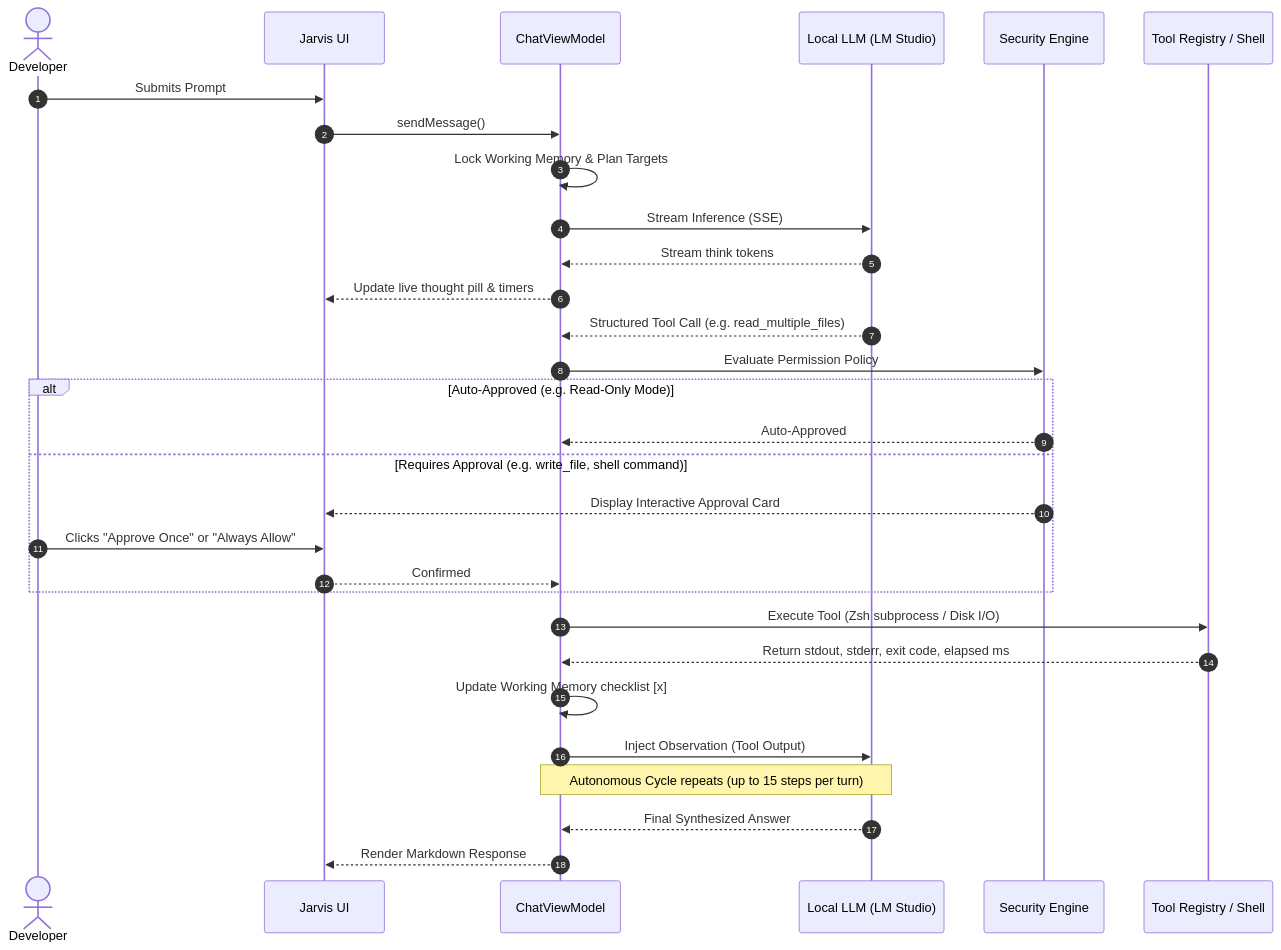
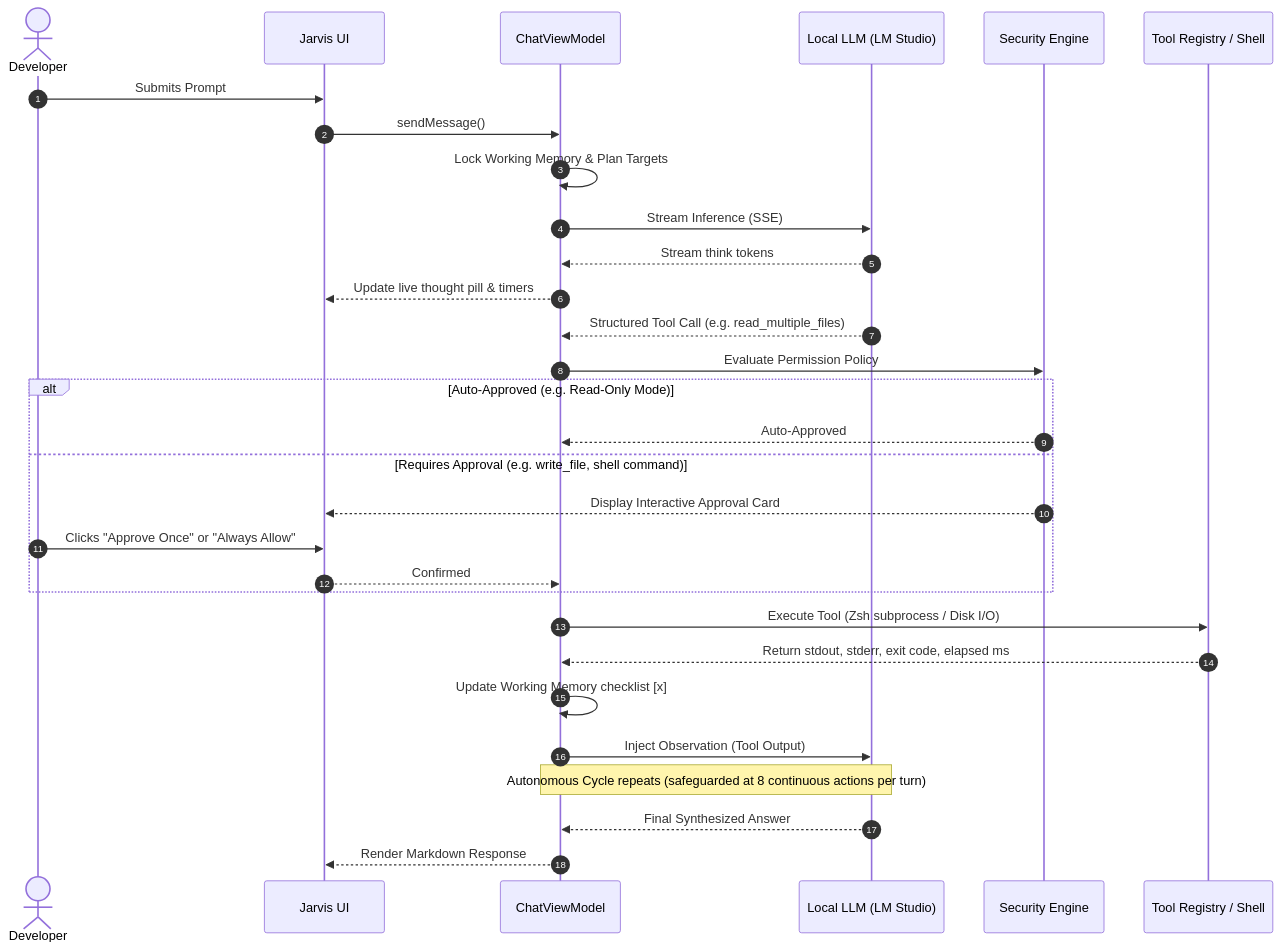
One commit to maksim-sterkis/Jarvis changed the second of 2 diagrams in docs/architecture.md. Above: the diagram before and after it, drawn with Mermaid. The commit also changed other lines of this file and 6 other files, not shown here.

````diff
--- a/docs/architecture.md
+++ b/docs/architecture.md
@@ -74,37 +74,37 @@
 ```mermaid
 sequenceDiagram
     autonumber
     actor User as Developer
     participant UI as Jarvis UI
     participant VM as ChatViewModel
     participant LLM as Local LLM (LM Studio)
     participant Sec as Security Engine
     participant Tool as Tool Registry / Shell
 
     User->>UI: Submits Prompt
     UI->>VM: sendMessage()
     VM->>VM: Lock Working Memory & Plan Targets
     VM->>LLM: Stream Inference (SSE)
     LLM-->>VM: Stream think tokens
     VM-->>UI: Update live thought pill & timers
     LLM-->>VM: Structured Tool Call (e.g. read_multiple_files)
     VM->>Sec: Evaluate Permission Policy
     
     alt Auto-Approved (e.g. Read-Only Mode)
         Sec-->>VM: Auto-Approved
     else Requires Approval (e.g. write_file, shell command)
         Sec-->>UI: Display Interactive Approval Card
         User->>UI: Clicks "Approve Once" or "Always Allow"
         UI-->>VM: Confirmed
     end
 
     VM->>Tool: Execute Tool (Zsh subprocess / Disk I/O)
     Tool-->>VM: Return stdout, stderr, exit code, elapsed ms
     VM->>VM: Update Working Memory checklist [x]
     VM->>LLM: Inject Observation (Tool Output)
     
-    Note over VM,LLM: Autonomous Cycle repeats (up to 15 steps per turn)
+    Note over VM,LLM: Autonomous Cycle repeats (safeguarded at 8 continuous actions per turn)
     
     LLM-->>VM: Final Synthesized Answer
     VM-->>UI: Render Markdown Response
 ```
````
